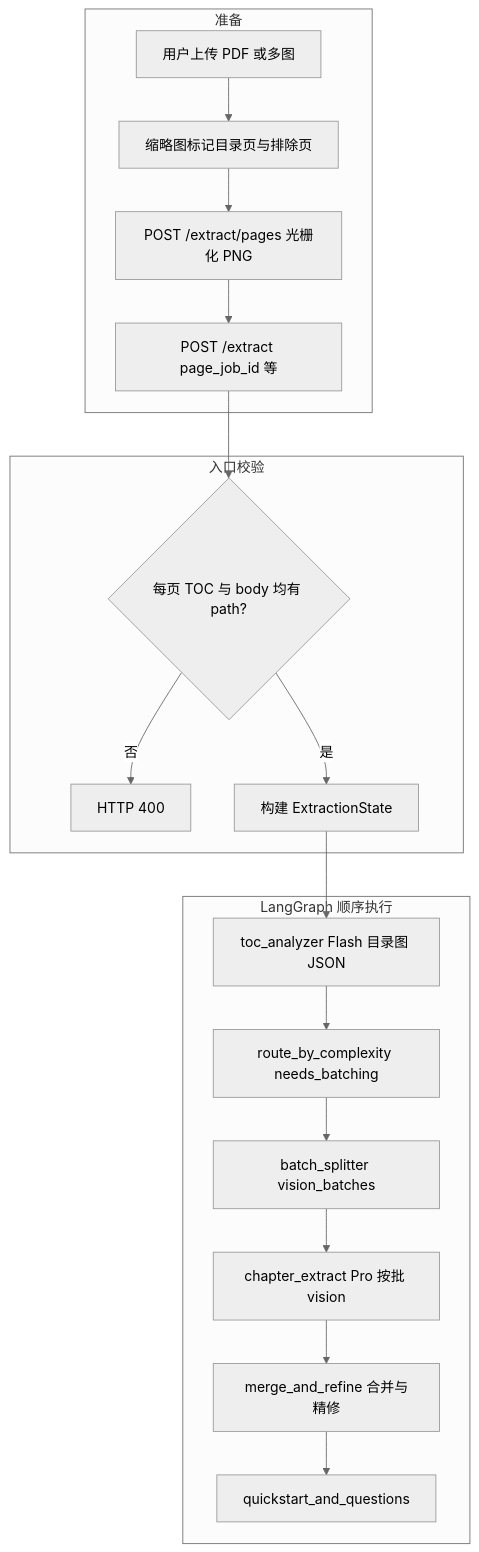
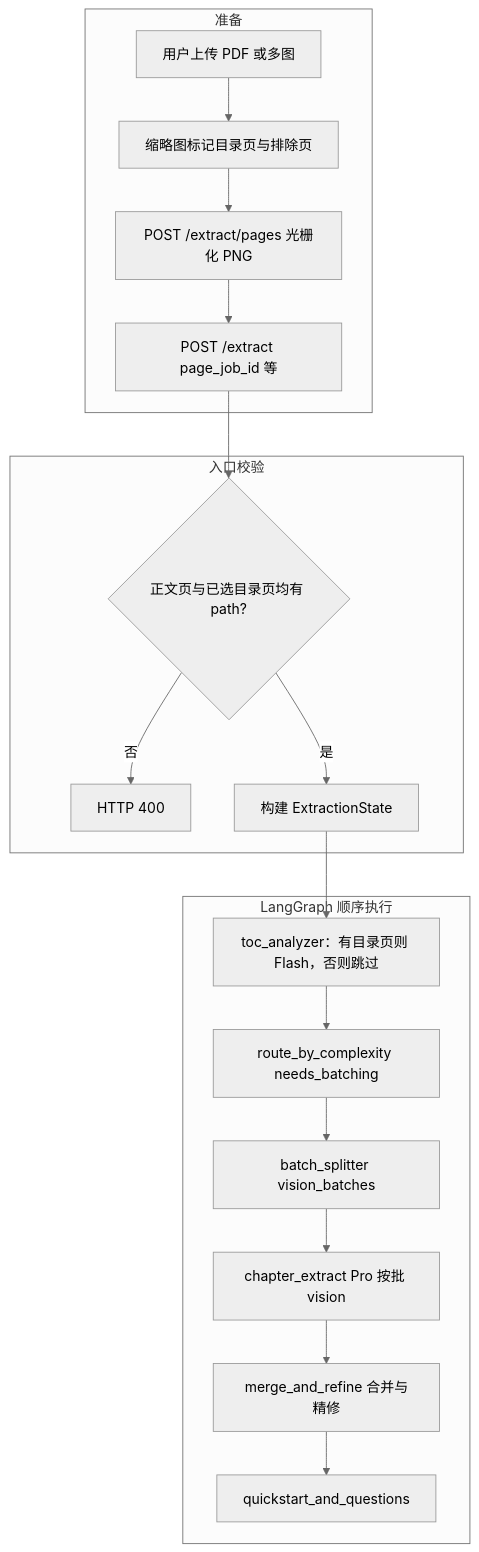
The third of 6 diagrams in services/rule_engine/EXTRACTION_FLOW.md (shitlsh/boardrule-rag), drawn with Mermaid (neutral theme) before and after one commit. The commit also changed other lines of this file and 6 other files, not shown here.

First line of the commit message:
Refactor extraction logic to improve TOC handling and body page processing

````diff
--- a/services/rule_engine/EXTRACTION_FLOW.md
+++ b/services/rule_engine/EXTRACTION_FLOW.md
@@ -91,29 +92,29 @@
 ```mermaid
 flowchart TB
   subgraph prep [准备]
     s1[用户上传 PDF 或多图]
     s2[缩略图标记目录页与排除页]
     s3["POST /extract/pages 光栅化 PNG"]
     s4["POST /extract page_job_id 等"]
     s1 --> s2 --> s3 --> s4
   end
 
   subgraph gate [入口校验]
-    v{"每页 TOC 与 body 均有 path?"}
+    v{"正文页与已选目录页均有 path?"}
     bad[HTTP 400]
     ok[构建 ExtractionState]
     s4 --> v
     v -->|否| bad
     v -->|是| ok
   end
 
   subgraph lg [LangGraph 顺序执行]
-    n5["toc_analyzer Flash 目录图 JSON"]
+    n5["toc_analyzer：有目录页则 Flash，否则跳过"]
     n6["route_by_complexity needs_batching"]
     n7["batch_splitter vision_batches"]
     n8["chapter_extract Pro 按批 vision"]
     n9["merge_and_refine 合并与精修"]
     n10["quickstart_and_questions"]
     ok --> n5 --> n6 --> n7 --> n8 --> n9 --> n10
   end
 ```
````
